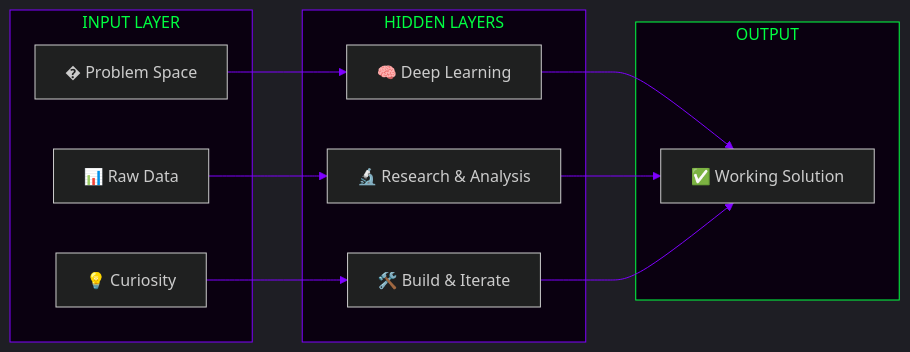
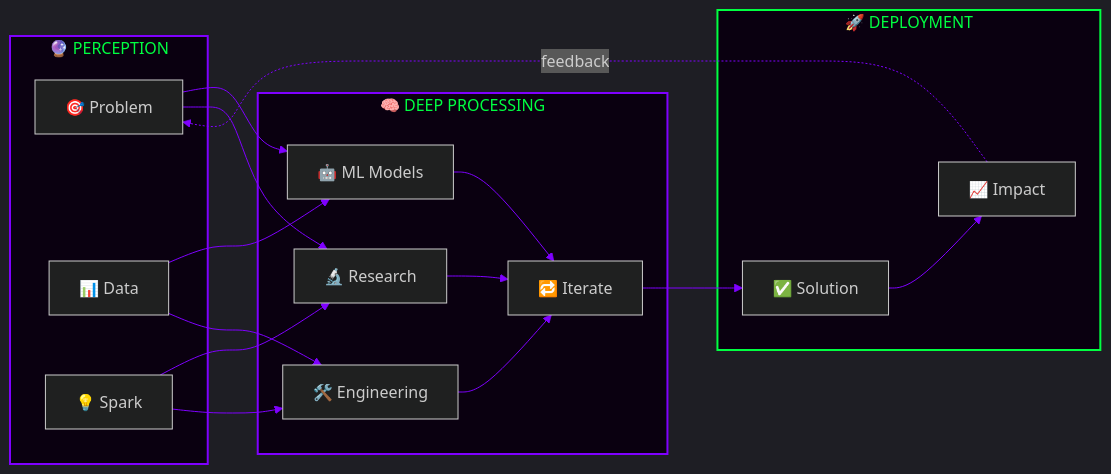
One commit to chyk2468/chyk2468 changed the diagram in README.md. Above: the diagram before and after it, drawn with Mermaid. The commit also changed other lines of this file, not shown here.

````diff
--- a/README.md
+++ b/README.md
@@ -58,30 +158,38 @@
 ```mermaid
 %%{init: {'theme': 'dark', 'themeVariables': { 'primaryColor': '#1a0033', 'primaryTextColor': '#00ff41', 'primaryBorderColor': '#7f00ff', 'lineColor': '#7f00ff', 'secondaryColor': '#0d0d0d', 'tertiaryColor': '#120028'}}}%%
 flowchart LR
-    subgraph INPUT["  INPUT LAYER  "]
-        A["� Problem Space"]
-        B["📊 Raw Data"]
-        C["💡 Curiosity"]
+    subgraph PERCEPTION["  🔮 PERCEPTION  "]
+        A["🎯 Problem"]
+        B["📊 Data"]
+        C["💡 Spark"]
     end
 
-    subgraph HIDDEN["  HIDDEN LAYERS  "]
-        D["🧠 Deep Learning"]
-        E["🔬 Research & Analysis"]
-        F["🛠️ Build & Iterate"]
+    subgraph PROCESSING["  🧠 DEEP PROCESSING  "]
+        D["🤖 ML Models"]
+        E["🔬 Research"]
+        F["🛠️ Engineering"]
+        G["🔁 Iterate"]
     end
 
-    subgraph OUTPUT["  OUTPUT  "]
-        G["✅ Working Solution"]
+    subgraph DEPLOYMENT["  🚀 DEPLOYMENT  "]
+        H["✅ Solution"]
+        I["📈 Impact"]
     end
 
     A --> D
-    B --> E
+    A --> E
+    B --> D
+    B --> F
+    C --> E
     C --> F
     D --> G
     E --> G
     F --> G
+    G --> H
+    H --> I
+    I -.->|"feedback"| A
 
-    style INPUT fill:#0a0010,stroke:#7f00ff,color:#00ff41
-    style HIDDEN fill:#0a0010,stroke:#7f00ff,color:#00ff41
-    style OUTPUT fill:#0a0010,stroke:#00ff41,color:#00ff41
+    style PERCEPTION fill:#0a0010,stroke:#7f00ff,stroke-width:2px,color:#00ff41
+    style PROCESSING fill:#0a0010,stroke:#7f00ff,stroke-width:2px,color:#00ff41
+    style DEPLOYMENT fill:#0a0010,stroke:#00ff41,stroke-width:2px,color:#00ff41
 ```
````
